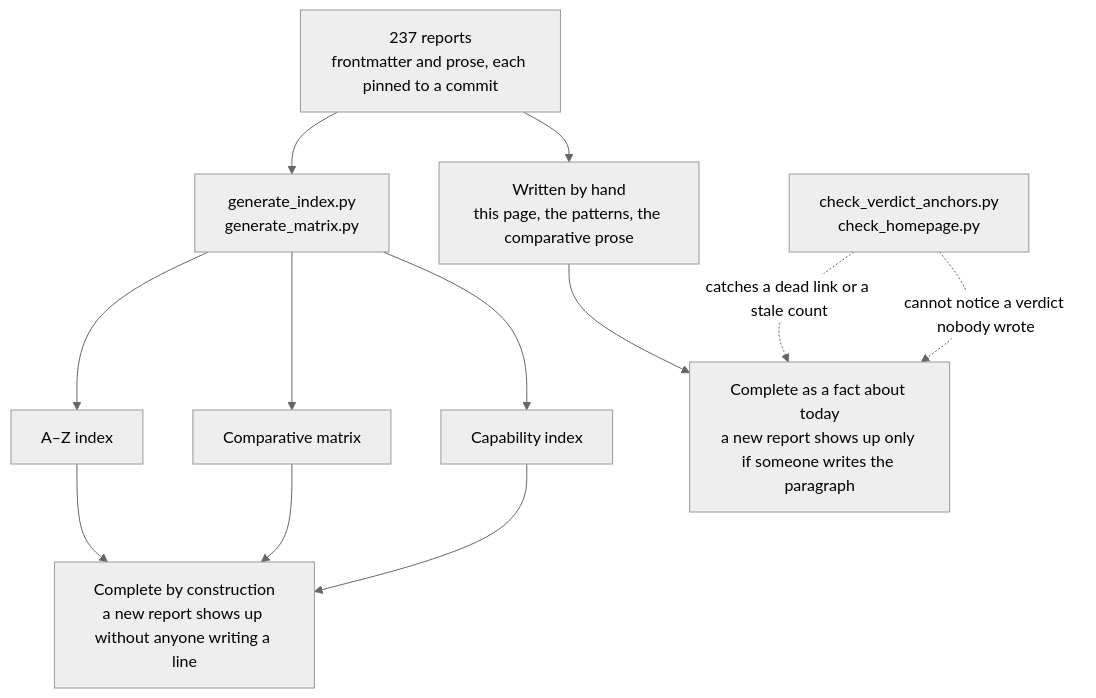
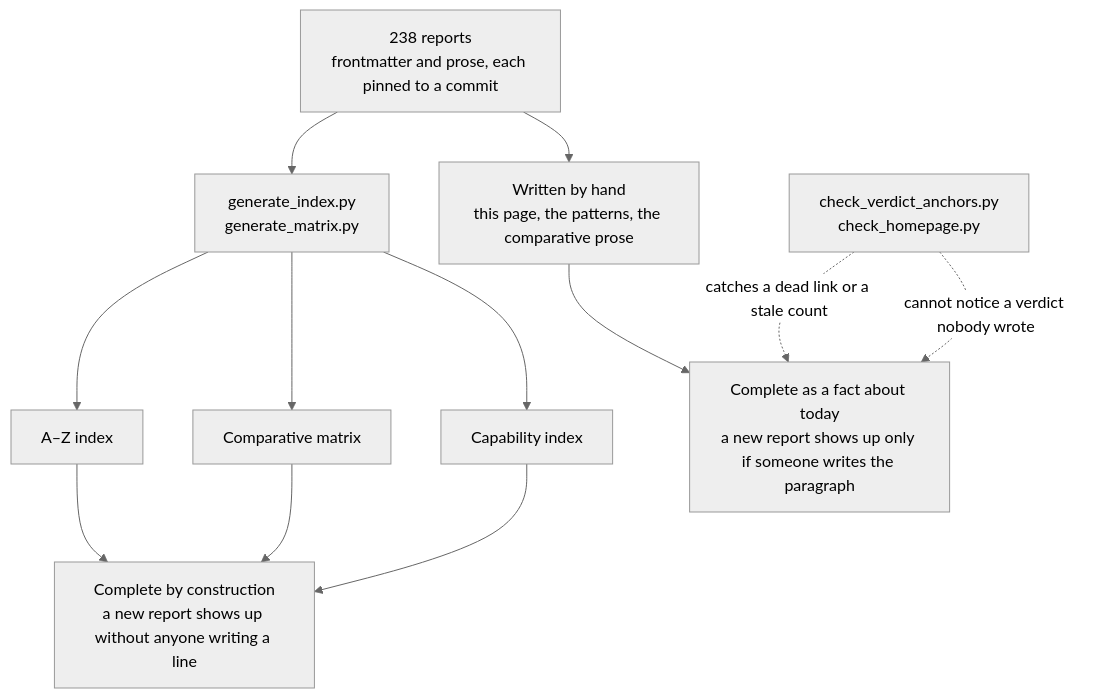
One commit to neoneye/agent-memory-atlas changed the diagram in content/verdicts.md. Above: the diagram before and after it, drawn with Mermaid (neutral theme). The commit also changed other lines of this file and 23 other files, not shown here.

````diff
--- a/content/verdicts.md
+++ b/content/verdicts.md
@@ -40,15 +40,15 @@
 ```mermaid
 flowchart TD
-    R["237 reports<br/>frontmatter and prose, each pinned to a commit"]
+    R["238 reports<br/>frontmatter and prose, each pinned to a commit"]
     R --> GEN["generate_index.py<br/>generate_matrix.py"]
     R --> HAND["Written by hand<br/>this page, the patterns, the comparative prose"]
     GEN --> AZ["A–Z index"]
     GEN --> MX["Comparative matrix"]
     GEN --> CI["Capability index"]
     AZ --> CONST["Complete by construction<br/>a new report shows up without anyone writing a line"]
     MX --> CONST
     CI --> CONST
     HAND --> TODAY["Complete as a fact about today<br/>a new report shows up only if someone writes the paragraph"]
     CHK["check_verdict_anchors.py<br/>check_homepage.py"] -.->|"catches a dead link or a stale count"| TODAY
     CHK -.->|"cannot notice a verdict nobody wrote"| TODAY
 ```
````
